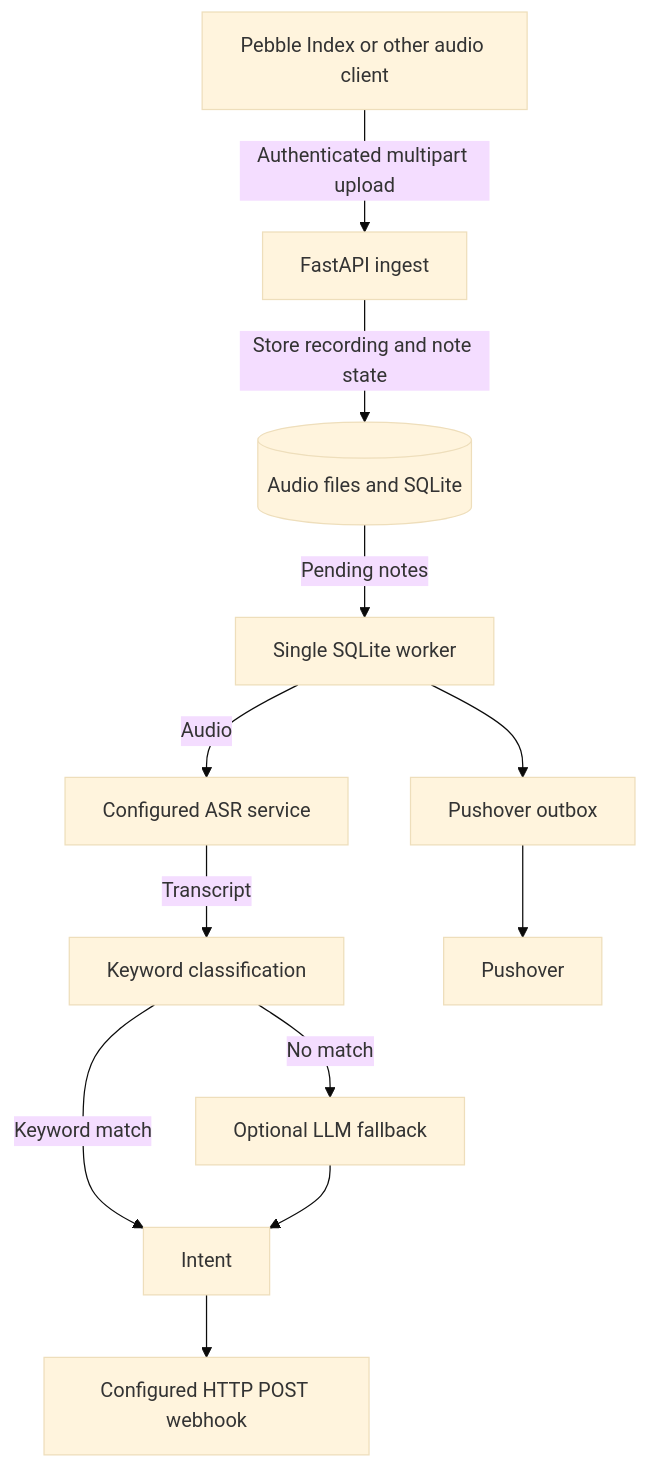
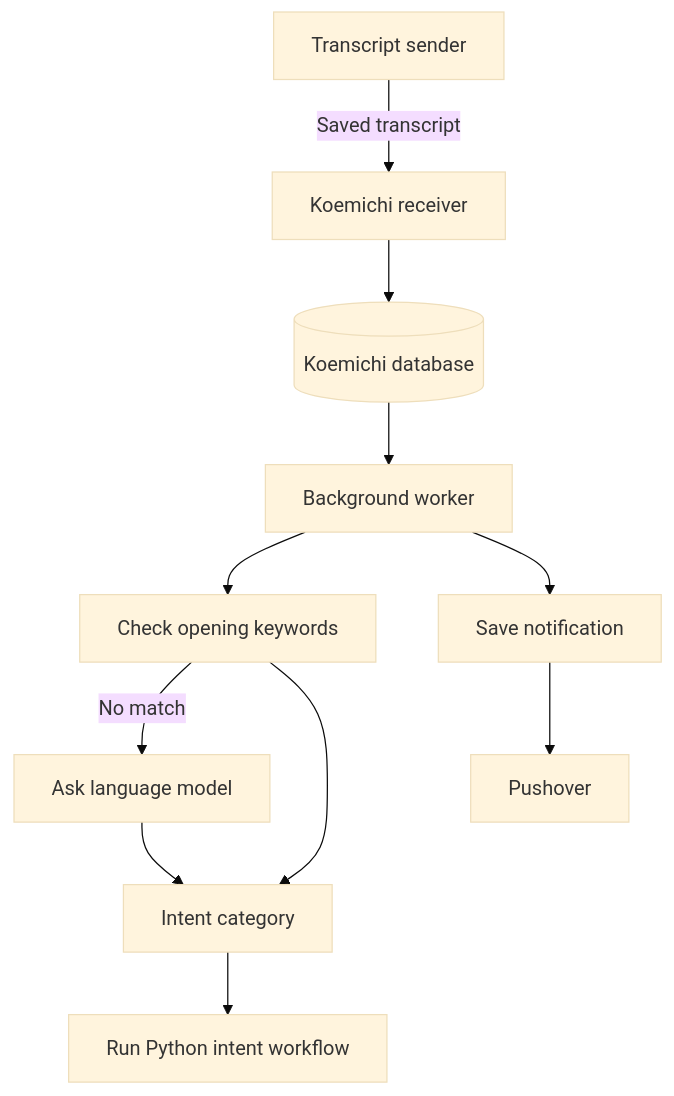
Before and after one commit to divin/koemichi: the diagram in README.md, drawn with Mermaid (base theme). The commit also changed other lines of this file and 47 other files, not shown here.

````diff
--- a/README.md
+++ b/README.md
@@ -9,14 +9,13 @@
 ```mermaid
 flowchart TD
-    A[ Pebble Index or other audio client ] -->|Authenticated multipart upload| B[FastAPI ingest]
-    B -->|Store recording and note state| C[(Audio files and SQLite)]
-    C -->|Pending notes| D[Single SQLite worker]
-    D -->|Audio| E[Configured ASR service]
-    E -->|Transcript| F[Keyword classification]
-    F -->|Keyword match| G[Intent]
-    F -->|No match| H[Optional LLM fallback]
-    H --> G
-    G --> I[Configured HTTP POST webhook]
-    D --> K[Pushover outbox]
-    K --> L[Pushover]
+    A[Transcript sender] -->|Saved transcript| B[Koemichi receiver]
+    B --> C[(Koemichi database)]
+    C --> D[Background worker]
+    D --> E[Check opening keywords]
+    E -->|No match| F[Ask language model]
+    E --> G[Intent category]
+    F --> G
+    G --> H[Run Python intent workflow]
+    D --> I[Save notification]
+    I --> J[Pushover]
 ```
````
